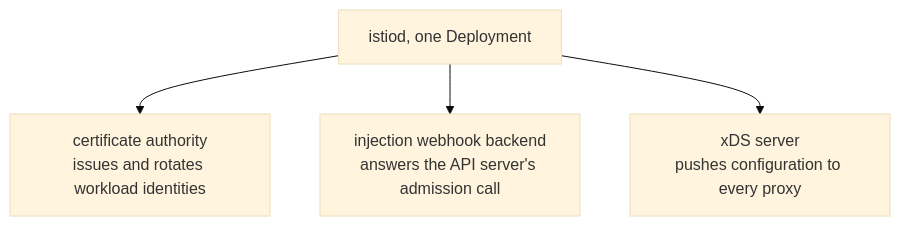
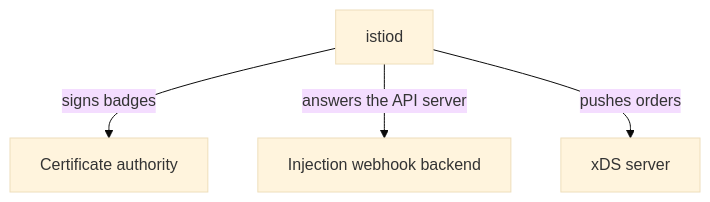
Before and after one commit to astrona-io/ATS013: the diagram in sections/section-010/module-01/course-02-profiles-and-installed-objects.md, drawn with Mermaid (base theme). The commit also changed other lines of this file and 24 other files, not shown here.

````diff
--- a/sections/section-010/module-01/course-02-profiles-and-installed-objects.md
+++ b/sections/section-010/module-01/course-02-profiles-and-installed-objects.md
@@ -66,6 +72,6 @@
 ```mermaid
-flowchart TD
-    I["istiod, one Deployment"] --> C["certificate authority<br/>issues and rotates workload identities"]
-    I --> W["injection webhook backend<br/>answers the API server's admission call"]
-    I --> X["xDS server<br/>pushes configuration to every proxy"]
+flowchart TB
+    I["istiod"] -->|"signs badges"| C["Certificate authority"]
+    I -->|"answers the API server"| W["Injection webhook backend"]
+    I -->|"pushes orders"| X["xDS server"]
 ```
````
